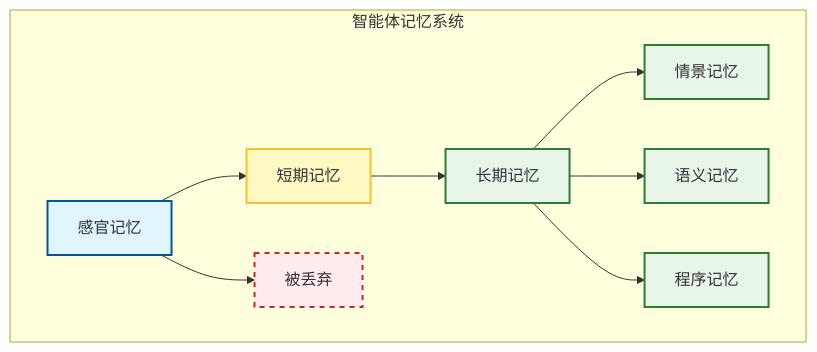
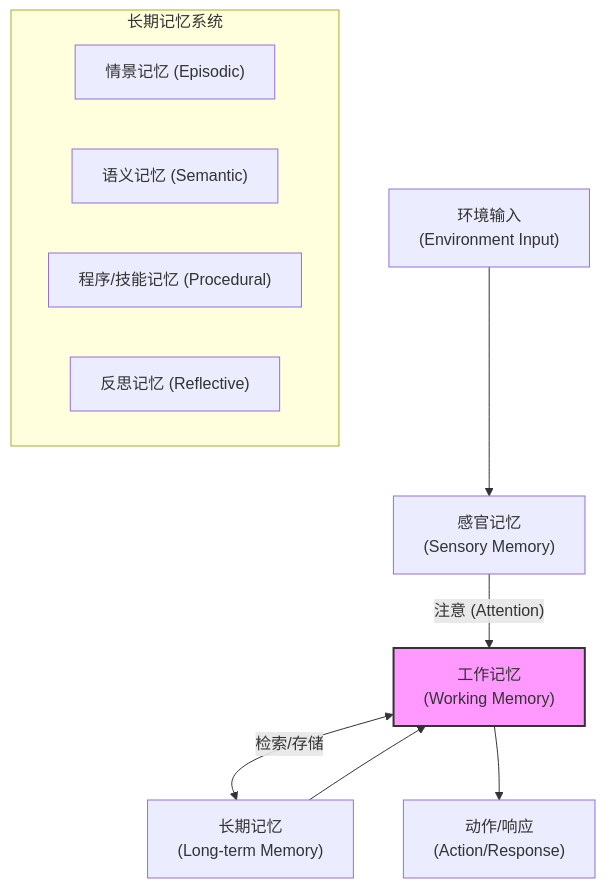
The diagram in 03_memory/3.1_memory_models.md (yeasy/agentic_ai_guide), drawn with Mermaid before and after one commit. The commit also changed other lines of this file, not shown here.

````diff
--- a/03_memory/3.1_memory_models.md
+++ b/03_memory/3.1_memory_models.md
@@ -23,21 +35,19 @@
 ```mermaid
 graph TD
-    subgraph memory["智能体记忆系统"]
-        Sensory["感官记忆"] --> Short["短期记忆"]
-        Sensory --> Forgotten["被丢弃"]
-        Short --> Long["长期记忆"]
-        Long --> Episodic["情景记忆"]
-        Long --> Semantic["语义记忆"]
-        Long --> Procedural["程序记忆"]
+    Input["环境输入<br>(Environment Input)"] --> Sensory["感官记忆<br>(Sensory Memory)"]
+    Sensory -->|"注意 (Attention)"| Working["工作记忆<br>(Working Memory)"]
+    Working <-->|"检索/存储"| LongTerm["长期记忆<br>(Long-term Memory)"]
+    
+    subgraph LongTermSystem ["长期记忆系统"]
+        Episodic["情景记忆 (Episodic)"]
+        Semantic["语义记忆 (Semantic)"]
+        Procedural["程序/技能记忆 (Procedural)"]
+        Reflective["反思记忆 (Reflective)"]
     end
+    
+    Working --> Output["动作/响应<br>(Action/Response)"]
+    LongTerm --> Working
 
-    classDef sensory fill:#E1F5FE,stroke:#01579B,stroke-width:2px;
-    classDef short fill:#FFF9C4,stroke:#FBC02D,stroke-width:2px;
-    classDef long fill:#E8F5E9,stroke:#2E7D32,stroke-width:2px;
-    classDef forgot fill:#FFEBEE,stroke:#C62828,stroke-width:2px,stroke-dasharray: 5 5;
-
-    class Sensory sensory;
-    class Short short;
-    class Long,Episodic,Semantic,Procedural long;
-    class Forgotten forgot;
+    classDef distinct fill:#f9f,stroke:#333,stroke-width:2px;
+    class Working distinct;
 ```
````
